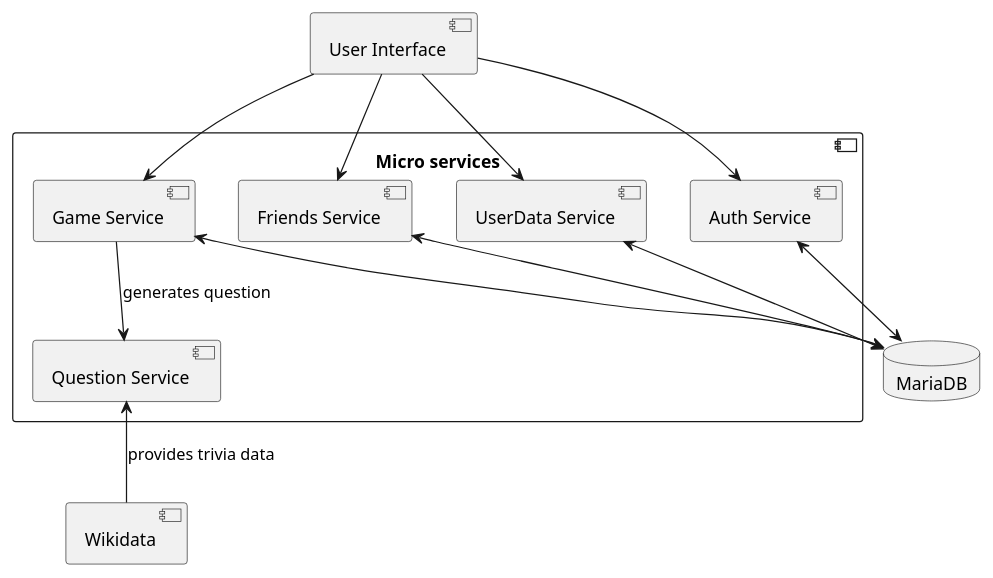
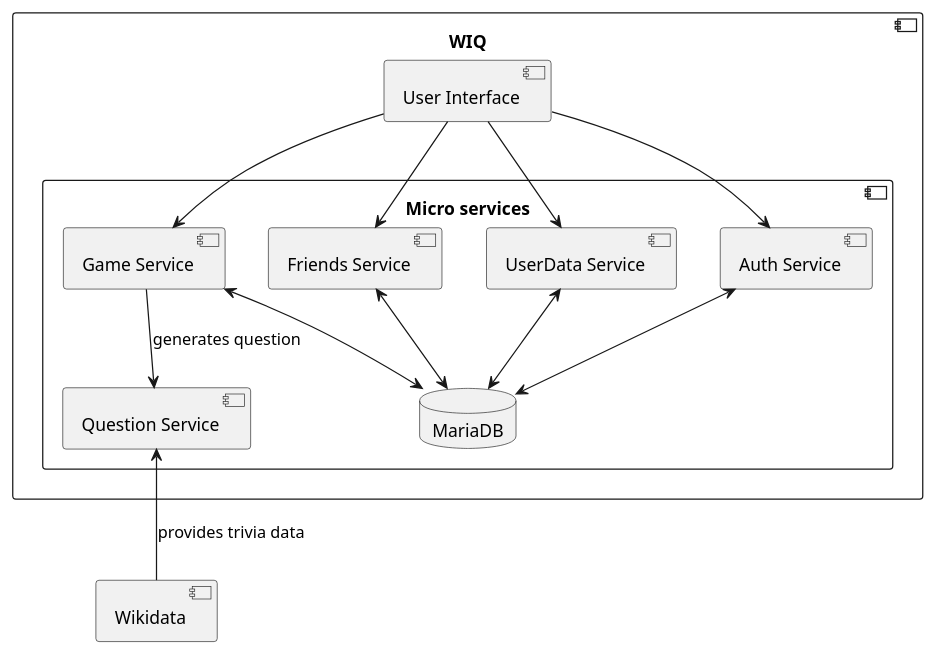
One commit to Arquisoft/wiq_es1c changed the third of 3 diagrams in docs/src/05_building_block_view.adoc. Above: the diagram before and after it, drawn with PlantUML.

Commit message:
5.3 diagram modified

```diff
--- a/docs/src/05_building_block_view.adoc
+++ b/docs/src/05_building_block_view.adoc
@@ -66,27 +66,34 @@
 [plantuml,"BlackBox Level 3",png]
 ----
-Component ms as "Micro services" {
-    Component auth as "Auth Service"
-    Component questions as "Question Service"
-    Component game as "Game Service"
-    Component friends as "Friends Service"
-    Component history as "UserData Service"
+Component WIQ as "WIQ" {
+
+    Component ms as "Micro services" {
+        Component auth as "Auth Service"
+        Component questions as "Question Service"
+        Component game as "Game Service"
+        Component friends as "Friends Service"
+        Component history as "UserData Service"
+        Database d as "MariaDB"
+    }
+
+    Component ui as "User Interface"
+
+
+    ui -down-> auth
+    ui -down-> game
+    ui -down-> history
+    ui -down-> friends
+
+
+
+    auth <-down-> d
+    game <-down-> d
+    friends <-down-> d
+    history <-down-> d
 }
 
-Component ui as "User Interface"
-Database d as "MariaDB"
 Component w as "Wikidata"
-
-ui -down-> auth
-ui -down-> game
-ui -down-> history
-ui -down-> friends
 
 game -down-> questions: generates question
 questions <-down- w: provides trivia data
-
-auth <-down-> d
-game <-down-> d
-friends <-down-> d
-history <-down-> d
 ----
```
